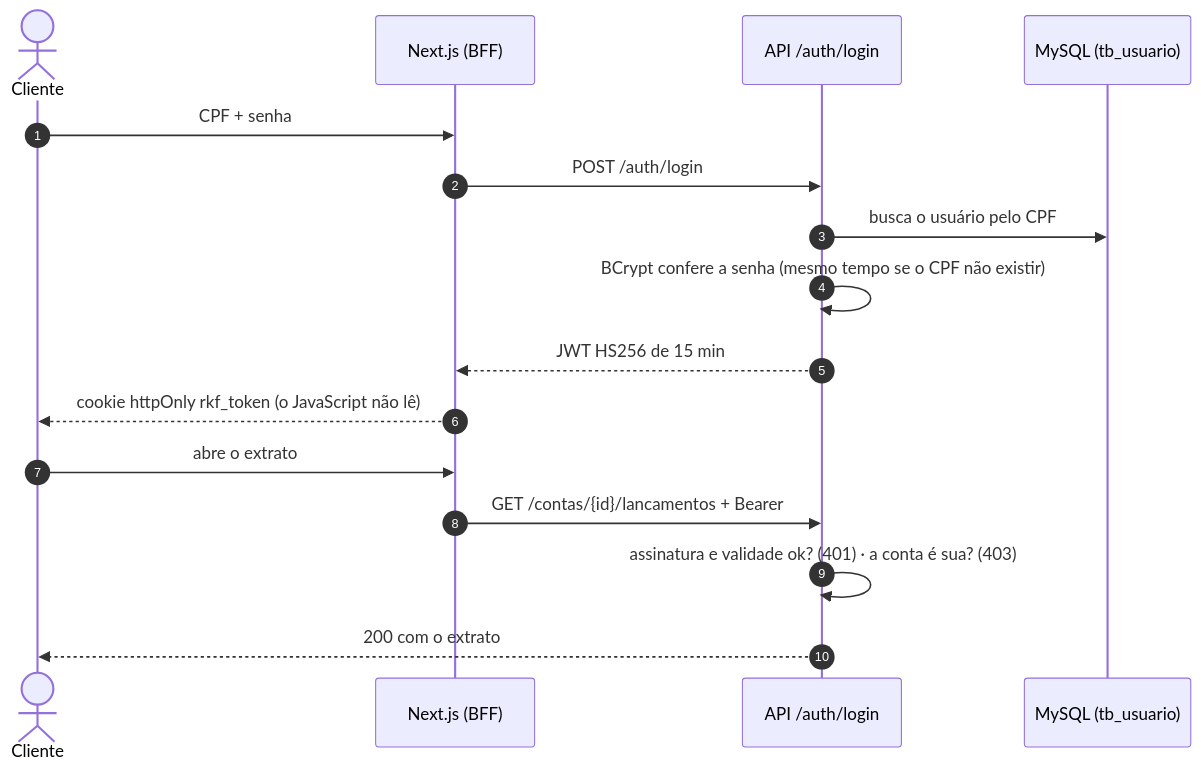
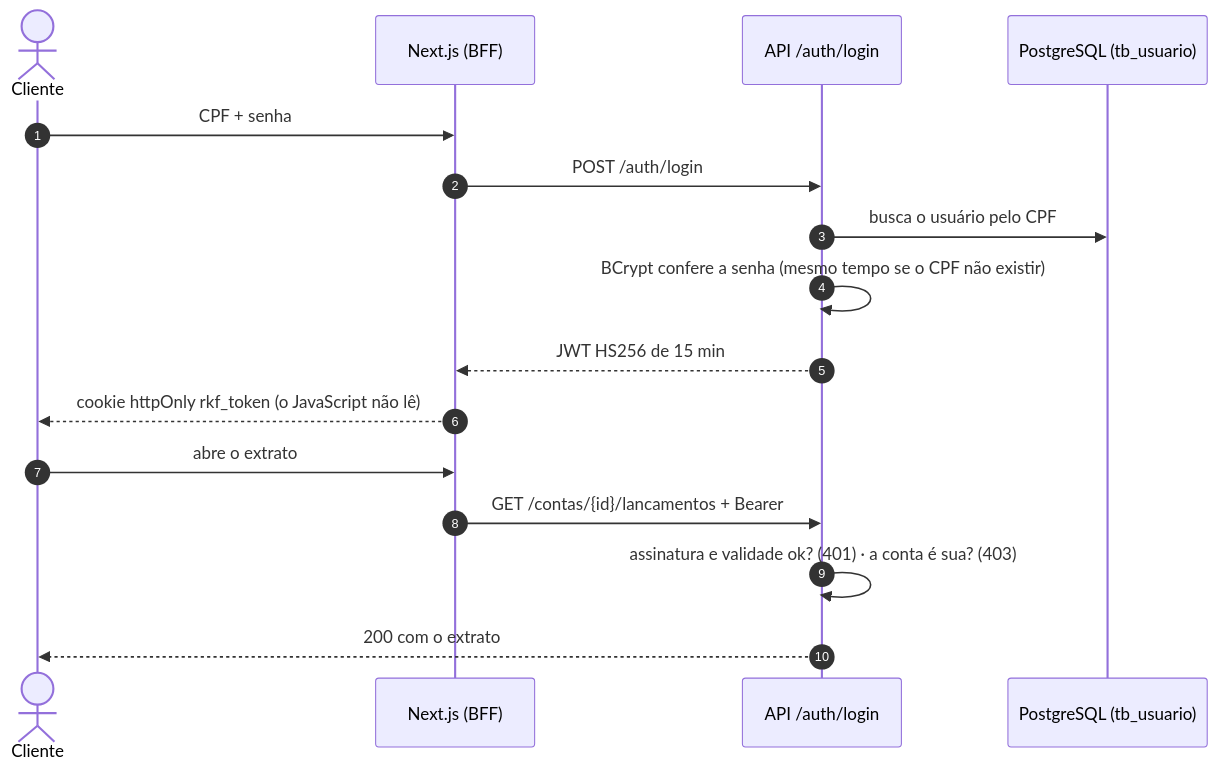
Before and after one commit to k3vinrich4rd/rkf_bank: the fifth of 18 diagrams in README.md, drawn with Mermaid. The commit also changed other lines of this file and 21 other files, not shown here.

First line of the commit message:
docs(banco): decisao, guia de corte e prompt do Renan para o PostgreSQL

````diff
--- a/README.md
+++ b/README.md
@@ -495,18 +495,18 @@
 ```mermaid
 sequenceDiagram
     autonumber
     actor C as Cliente
     participant N as Next.js (BFF)
     participant A as API /auth/login
-    participant DB as MySQL (tb_usuario)
+    participant DB as PostgreSQL (tb_usuario)
     C->>N: CPF + senha
     N->>A: POST /auth/login
     A->>DB: busca o usuário pelo CPF
     A->>A: BCrypt confere a senha (mesmo tempo se o CPF não existir)
     A-->>N: JWT HS256 de 15 min
     N-->>C: cookie httpOnly rkf_token (o JavaScript não lê)
     C->>N: abre o extrato
     N->>A: GET /contas/{id}/lancamentos + Bearer
     A->>A: assinatura e validade ok? (401) · a conta é sua? (403)
     A-->>C: 200 com o extrato
 ```
````
